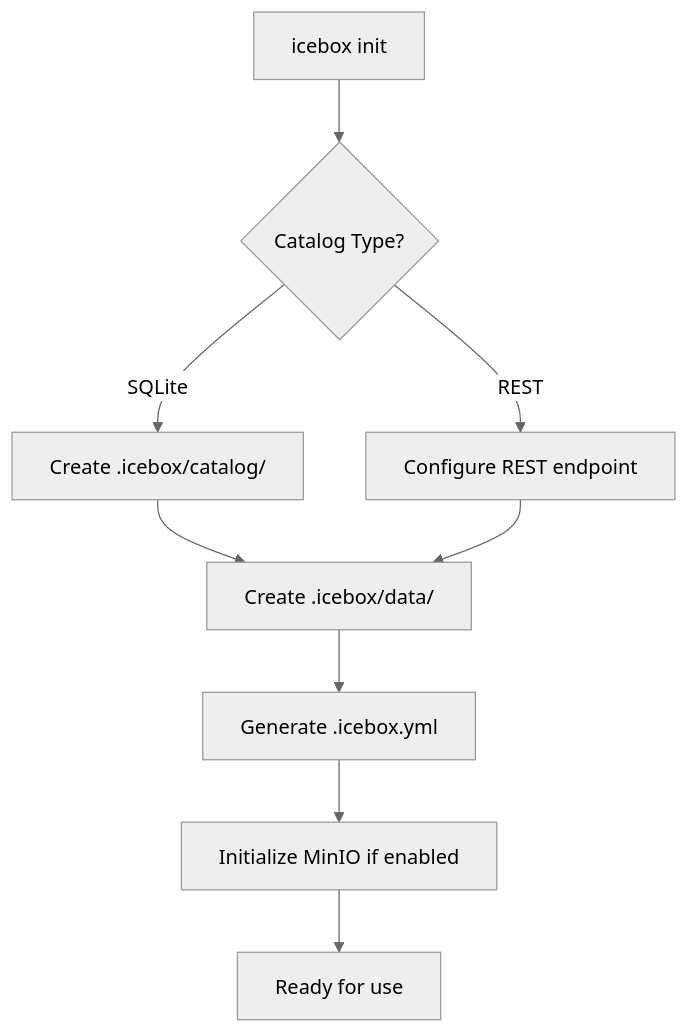
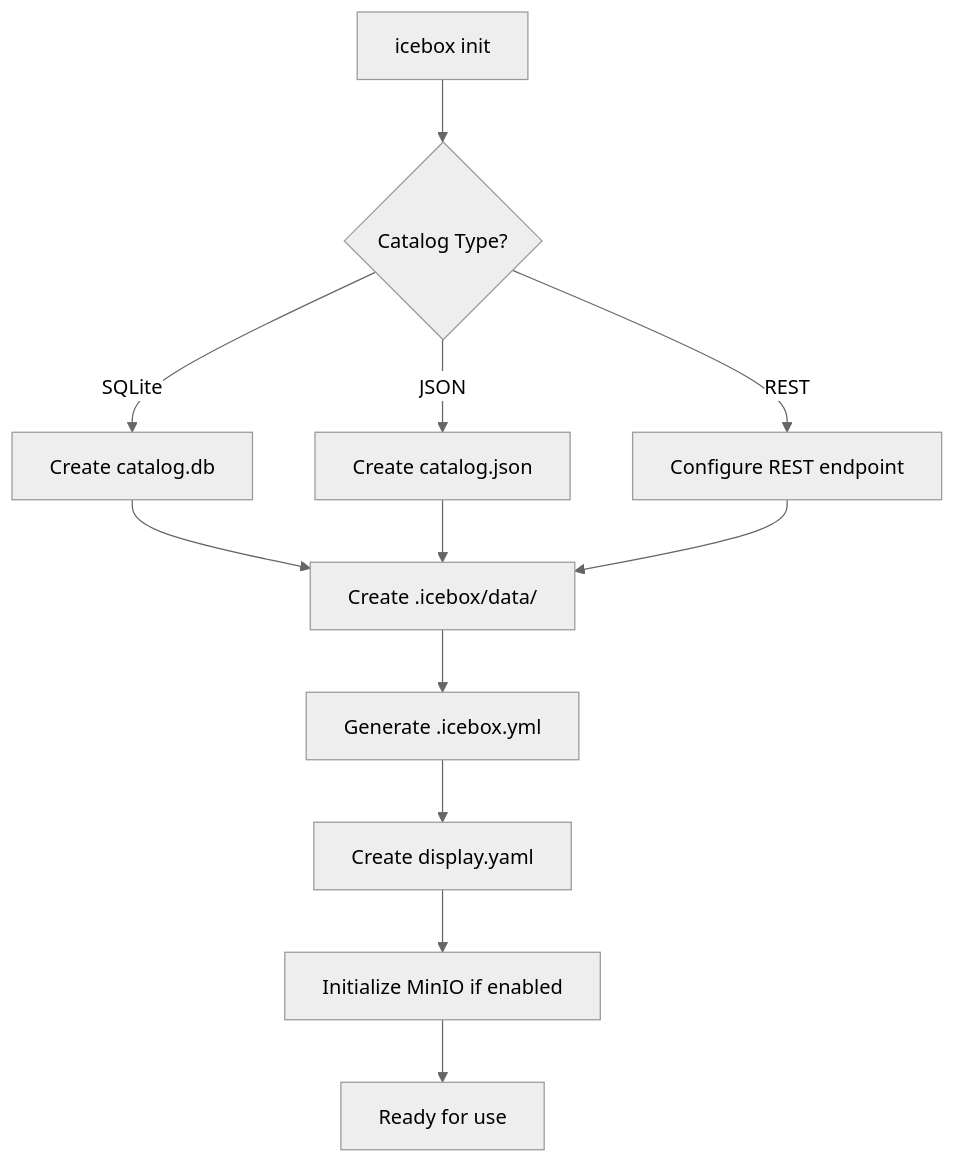
The first of 12 diagrams in docs/usage.md (lmangani/icebox), drawn with Mermaid (neutral theme) before and after one commit. The commit also changed other lines of this file and 2 other files, not shown here.

Commit message:
Add JSON Catalog to Docs

````diff
--- a/docs/usage.md
+++ b/docs/usage.md
@@ -66,11 +78,16 @@
 ```mermaid
 graph TD
     A[icebox init] --> B{Catalog Type?}
-    B -->|SQLite| C[Create .icebox/catalog/]
-    B -->|REST| D[Configure REST endpoint]
-    C --> E[Create .icebox/data/]
-    D --> E
-    E --> F[Generate .icebox.yml]
-    F --> G[Initialize MinIO if enabled]
-    G --> H[Ready for use]
+    B -->|SQLite| C[Create catalog.db]
+    B -->|JSON| D[Create catalog.json]
+    B -->|REST| E[Configure REST endpoint]
+    
+    C --> F[Create .icebox/data/]
+    D --> F
+    E --> F
+    
+    F --> G[Generate .icebox.yml]
+    G --> H[Create display.yaml]
+    H --> I[Initialize MinIO if enabled]
+    I --> J[Ready for use]
 ```
````
